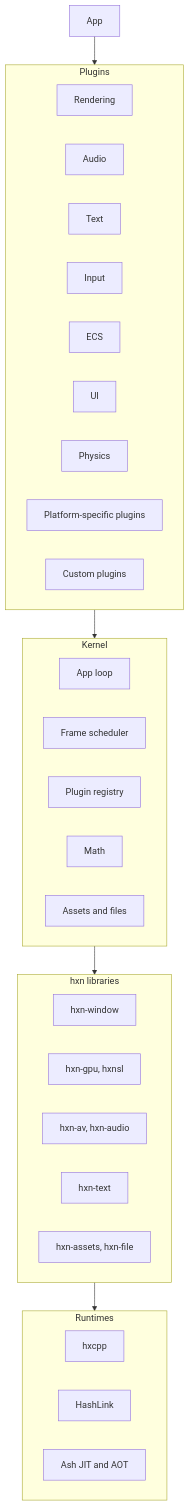
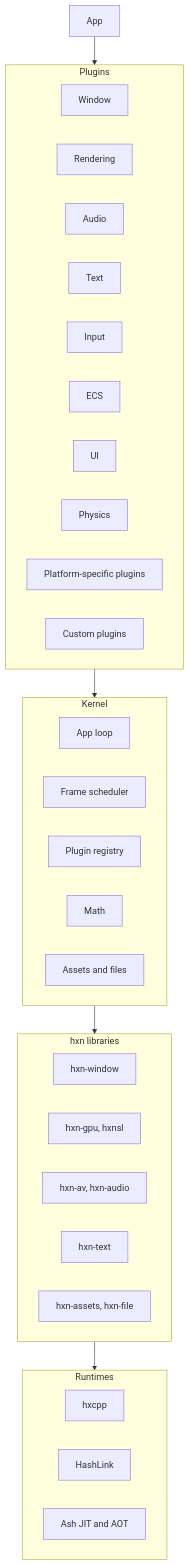
The diagram in README.md (hx-n/hxnme), drawn with Mermaid before and after one commit. The commit also changed 45 other files, not shown here.

````diff
--- a/README.md
+++ b/README.md
@@ -10,40 +10,41 @@
 ```mermaid
 flowchart TB
     app["App"]
 
     subgraph plugins["Plugins"]
+        windowing["Window"]
         render["Rendering"]
         audio["Audio"]
         text["Text"]
         input["Input"]
         ecs["ECS"]
         ui["UI"]
         physics["Physics"]
         platform["Platform-specific plugins"]
         custom["Custom plugins"]
     end
 
     subgraph kernel["Kernel"]
         loop["App loop"]
         scheduler["Frame scheduler"]
         registry["Plugin registry"]
         math["Math"]
         assets["Assets and files"]
     end
 
     subgraph libraries["hxn libraries"]
         window["hxn-window"]
         gpu["hxn-gpu, hxnsl"]
         av["hxn-av, hxn-audio"]
         textlib["hxn-text"]
         assetlib["hxn-assets, hxn-file"]
     end
 
     subgraph runtimes["Runtimes"]
         hxcpp["hxcpp"]
         hashlink["HashLink"]
         ash["Ash JIT and AOT"]
     end
 
     app --> plugins --> kernel --> libraries --> runtimes
 ```
````
